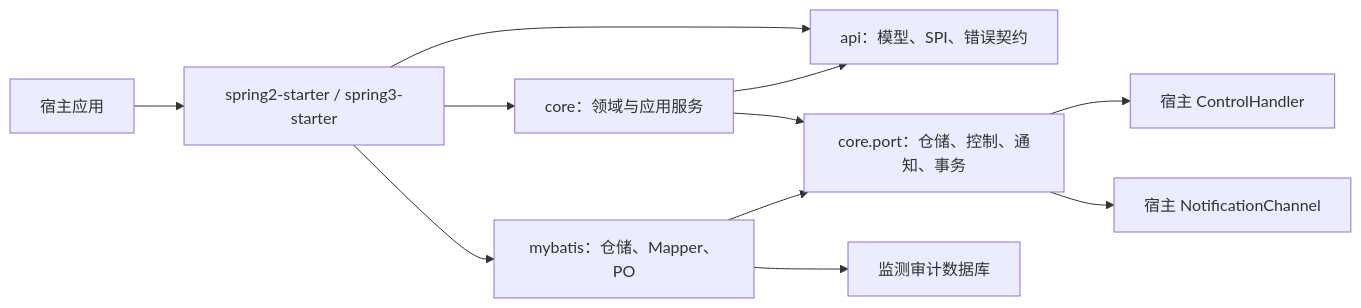
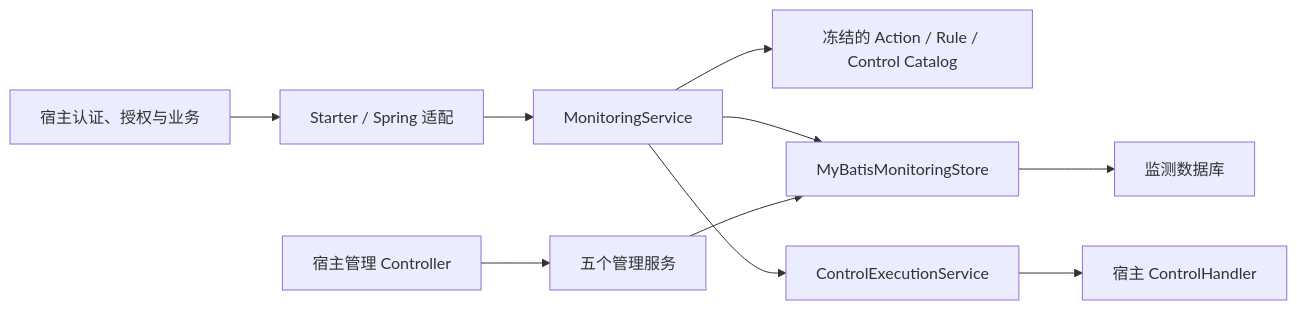
The first of 2 diagrams in docs/架构与运维说明.md (jasperbigsum-commits/sys-abnormal-access-monitoring-support), drawn with Mermaid before and after one commit. The commit also changed other lines of this file and 12 other files, not shown here.

````diff
--- a/docs/架构与运维说明.md
+++ b/docs/架构与运维说明.md
@@ -11,13 +7,12 @@
 ```mermaid
 flowchart LR
-    Host["宿主应用"] --> Starter["spring2-starter / spring3-starter"]
-    Starter --> API["api：模型、SPI、错误契约"]
-    Starter --> Core["core：领域与应用服务"]
-    Core --> API
-    Core --> Port["core.port：仓储、控制、通知、事务"]
-    Starter --> MyBatis["mybatis：仓储、Mapper、PO"]
-    MyBatis --> Port
-    MyBatis --> DB["监测审计数据库"]
-    Port --> Control["宿主 ControlHandler"]
-    Port --> Notify["宿主 NotificationChannel"]
+    Host["宿主认证、授权与业务"] --> Adapter["Starter / Spring 适配"]
+    Adapter --> Runtime["MonitoringService"]
+    Runtime --> Catalog["冻结的 Action / Rule / Control Catalog"]
+    Runtime --> Store["MyBatisMonitoringStore"]
+    Runtime --> Control["ControlExecutionService"]
+    Control --> Handler["宿主 ControlHandler"]
+    Store --> DB["监测数据库"]
+    Controller["宿主管理 Controller"] --> Management["五个管理服务"]
+    Management --> Store
 ```
````
